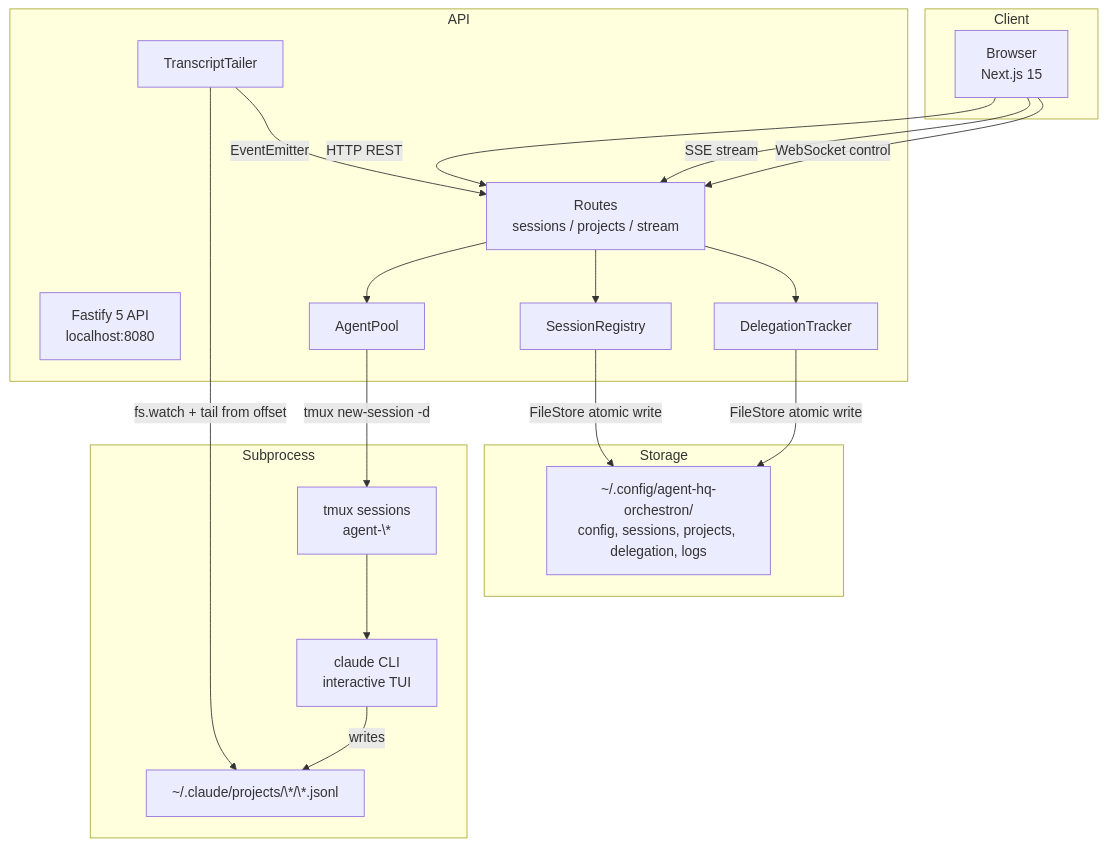
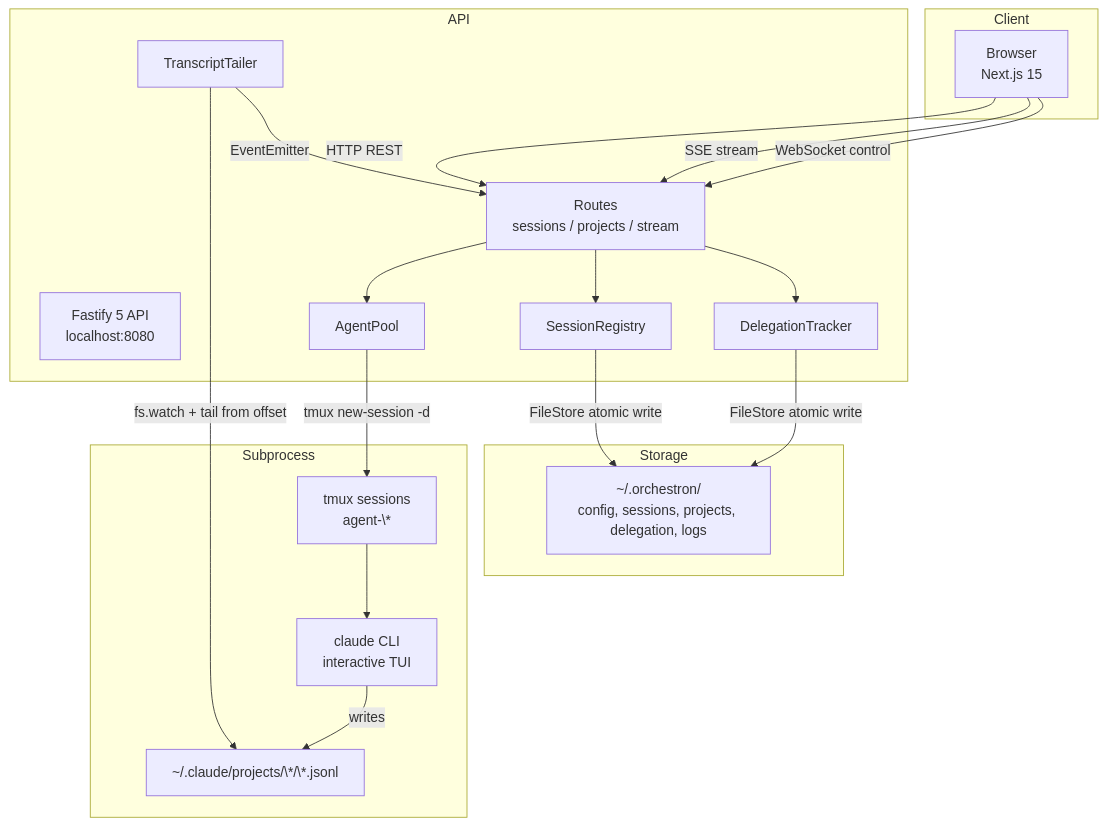
The third of 8 diagrams in docs/HLD.md (adinovri/agent-hq-orchestron), drawn with Mermaid before and after one commit. The commit also changed other lines of this file and 2 other files, not shown here.

````diff
--- a/docs/HLD.md
+++ b/docs/HLD.md
@@ -777,35 +777,35 @@
 ```mermaid
 flowchart TB
 subgraph Client
 Browser[Browser<br/>Next.js 15]
 end
 subgraph API
 Fastify[Fastify 5 API<br/>localhost:8080]
 Routes[Routes<br/>sessions / projects / stream]
 Pool[AgentPool]
 Registry[SessionRegistry]
 Tailer[TranscriptTailer]
 Deleg[DelegationTracker]
 end
 subgraph Storage
-Config[~/.config/agent-hq-orchestron/<br/>config, sessions, projects, delegation, logs]
+Config[~/.orchestron/<br/>config, sessions, projects, delegation, logs]
 end
 subgraph Subprocess
 Tmux[tmux sessions<br/>agent-\*]
 Claude[claude CLI<br/>interactive TUI]
 JsonL[~/.claude/projects/\*/\*.jsonl]
 end
 Browser -->|HTTP REST| Routes
 Browser -->|SSE stream| Routes
 Browser -->|WebSocket control| Routes
 Routes --> Pool
 Routes --> Registry
 Routes --> Deleg
 Pool -->|tmux new-session -d| Tmux
 Tmux --> Claude
 Claude -->|writes| JsonL
 Tailer -->|fs.watch + tail from offset| JsonL
 Tailer -->|EventEmitter| Routes
 Registry -->|FileStore atomic write| Config
 Deleg -->|FileStore atomic write| Config
 ```
````
